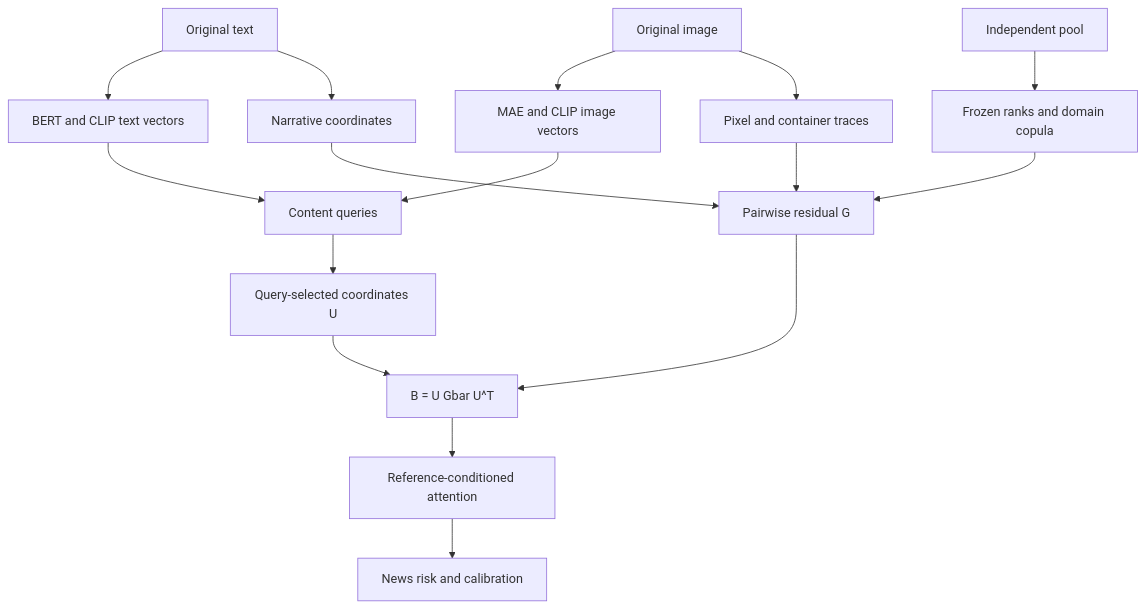
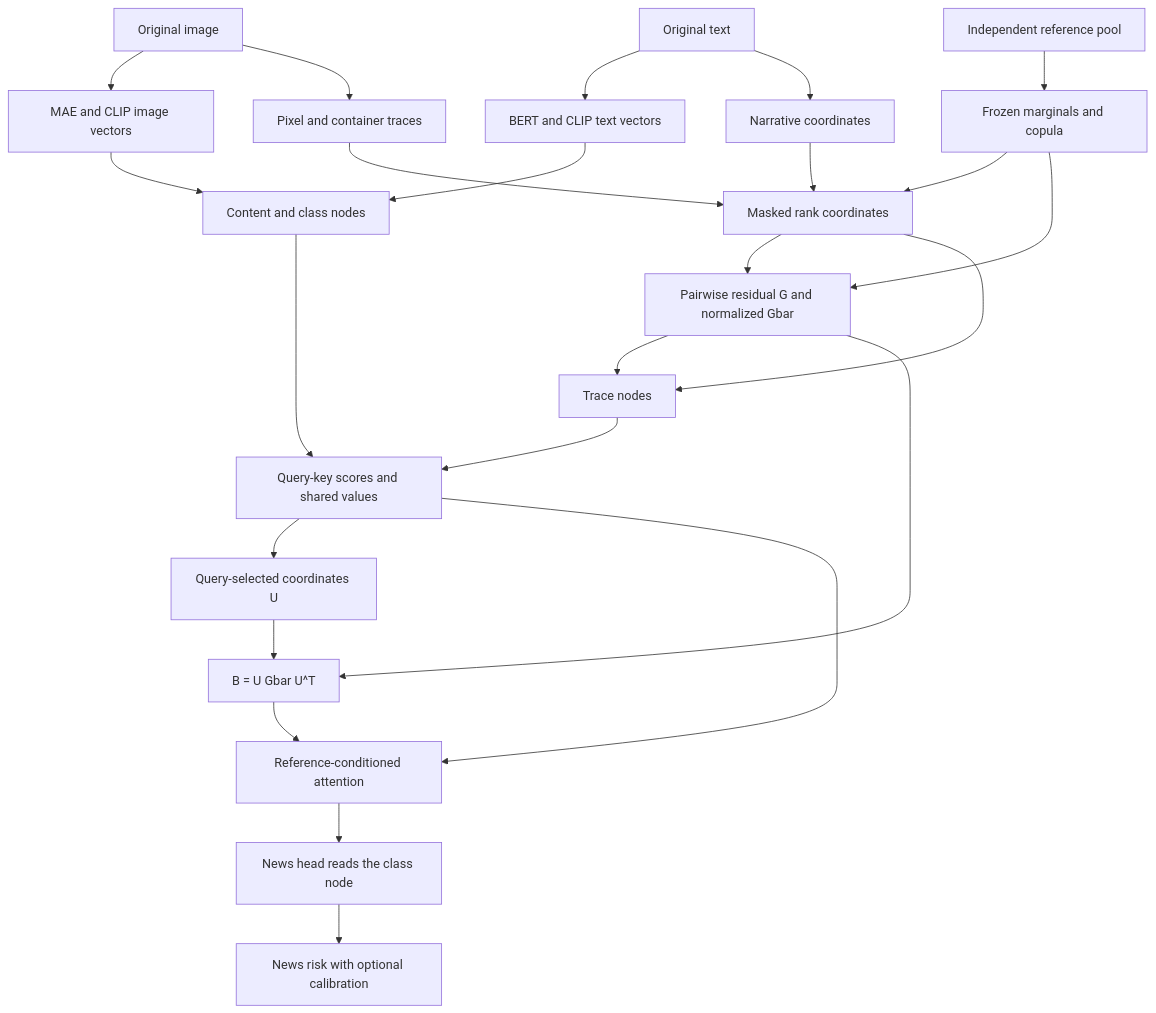
Before and after one commit to wlz05/FlawPrint: the diagram in README.md, drawn with Mermaid.

Commit message:
FlawPrint

````diff
--- a/README.md
+++ b/README.md
@@ -9,18 +9,26 @@
 ```mermaid
 flowchart TD
     T["Original text"] --> TV["BERT and CLIP text vectors"]
     I["Original image"] --> IV["MAE and CLIP image vectors"]
-    TV --> Q["Content queries"]
+    TV --> Q["Content and class nodes"]
     IV --> Q
     I --> P["Pixel and container traces"]
     T --> N["Narrative coordinates"]
-    R["Independent pool"] --> C["Frozen ranks and domain copula"]
-    P --> G["Pairwise residual G"]
-    N --> G
-    C --> G
-    Q --> U["Query-selected coordinates U"]
+    R["Independent reference pool"] --> C["Frozen marginals and copula"]
+    P --> Z["Masked rank coordinates"]
+    N --> Z
+    C --> Z
+    C --> G["Pairwise residual G and normalized Gbar"]
+    Z --> G
+    Z --> V["Trace nodes"]
+    G --> V
+    Q --> L["Query-key scores and shared values"]
+    V --> L
+    L --> U["Query-selected coordinates U"]
     G --> B["B = U Gbar U^T"]
     U --> B
     B --> A["Reference-conditioned attention"]
-    A --> Y["News risk and calibration"]
+    L --> A
+    A --> Y["News head reads the class node"]
+    Y --> K["News risk with optional calibration"]
 ```
````
